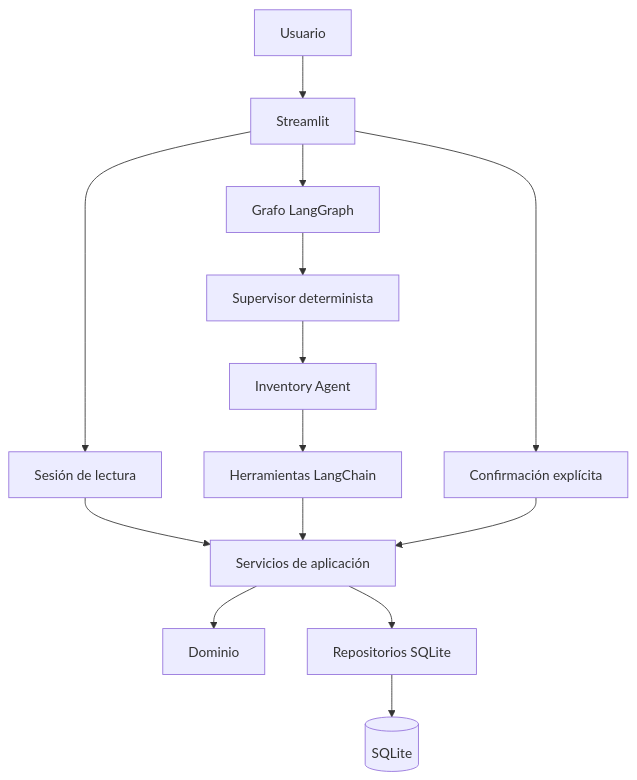
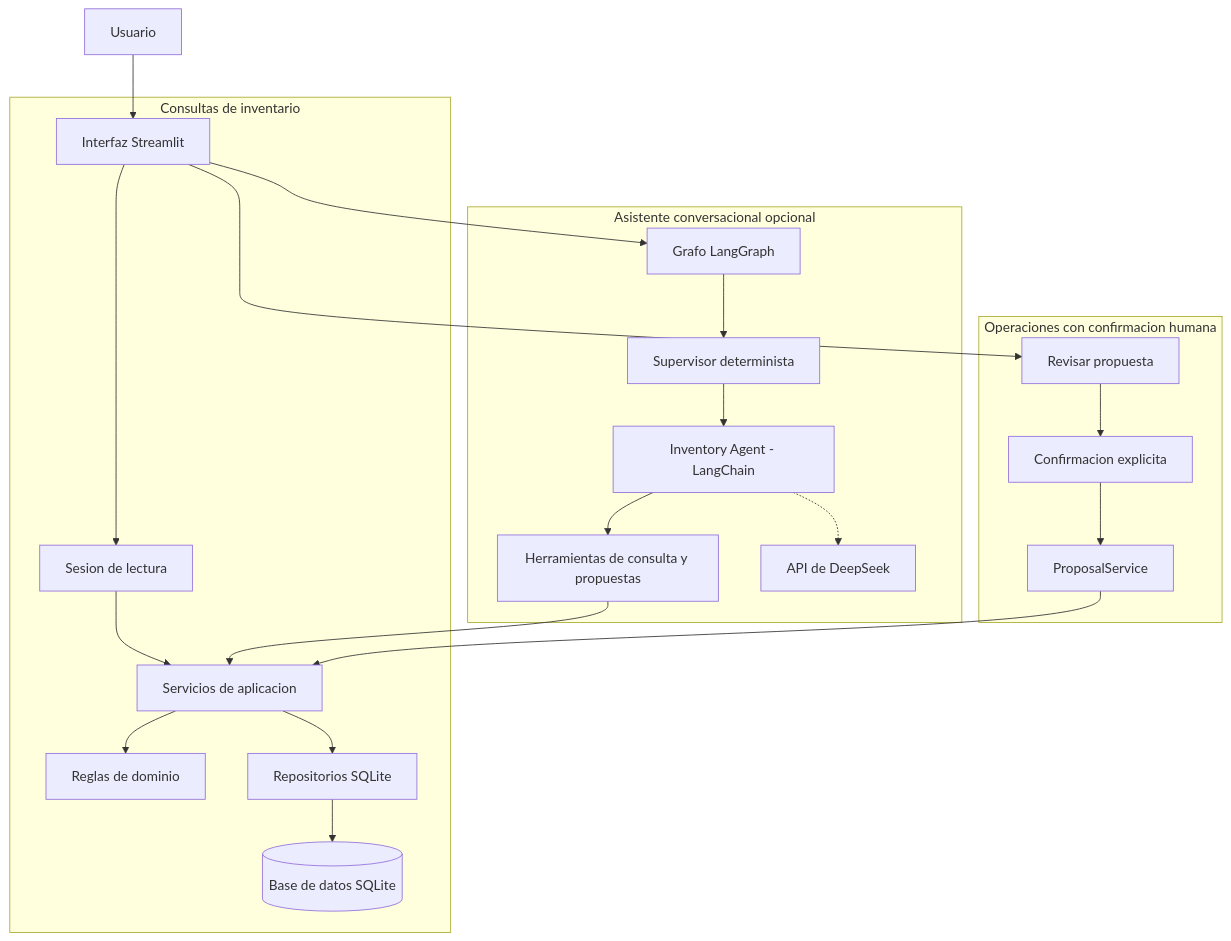
One commit to solanomillo/ai-inventory-assistant changed the diagram in README.md. Above: the diagram before and after it, drawn with Mermaid. The commit also changed other lines of this file, not shown here.

Commit message:
Enhance README with author info and DeepSeek details
Updated the README to include author information and clarified the integration with DeepSeek. Adjusted the architecture section for better clarity and added a note about automated tests.

````diff
--- a/README.md
+++ b/README.md
@@ -288,18 +292,28 @@
 ```mermaid
 flowchart TD
-    U[Usuario] --> UI[Streamlit]
-    UI --> S[Sesión de lectura]
-    S --> SV[Servicios de aplicación]
-    SV --> DOM[Dominio]
-    SV --> REP[Repositorios SQLite]
-    REP --> DB[(SQLite)]
+    USER["Usuario"] --> UI["Interfaz Streamlit"]
 
-    UI --> G[Grafo LangGraph]
-    G --> SUP[Supervisor determinista]
-    SUP --> AG[Inventory Agent]
-    AG --> TOOLS[Herramientas LangChain]
-    TOOLS --> SV
+    subgraph READ["Consultas de inventario"]
+        UI --> SESSION["Sesion de lectura"]
+        SESSION --> SERVICES["Servicios de aplicacion"]
+        SERVICES --> DOMAIN["Reglas de dominio"]
+        SERVICES --> REPOS["Repositorios SQLite"]
+        REPOS --> DB[("Base de datos SQLite")]
+    end
 
-    UI --> CONF[Confirmación explícita]
-    CONF --> SV
+    subgraph AI["Asistente conversacional opcional"]
+        UI --> GRAPH["Grafo LangGraph"]
+        GRAPH --> SUP["Supervisor determinista"]
+        SUP --> AGENT["Inventory Agent - LangChain"]
+        AGENT --> TOOLS["Herramientas de consulta y propuestas"]
+        TOOLS --> SERVICES
+        AGENT -.-> DEEPSEEK["API de DeepSeek"]
+    end
+
+    subgraph WRITE["Operaciones con confirmacion humana"]
+        UI --> REVIEW["Revisar propuesta"]
+        REVIEW --> CONFIRM["Confirmacion explicita"]
+        CONFIRM --> PROPOSAL["ProposalService"]
+        PROPOSAL --> SERVICES
+    end
 ```
````
